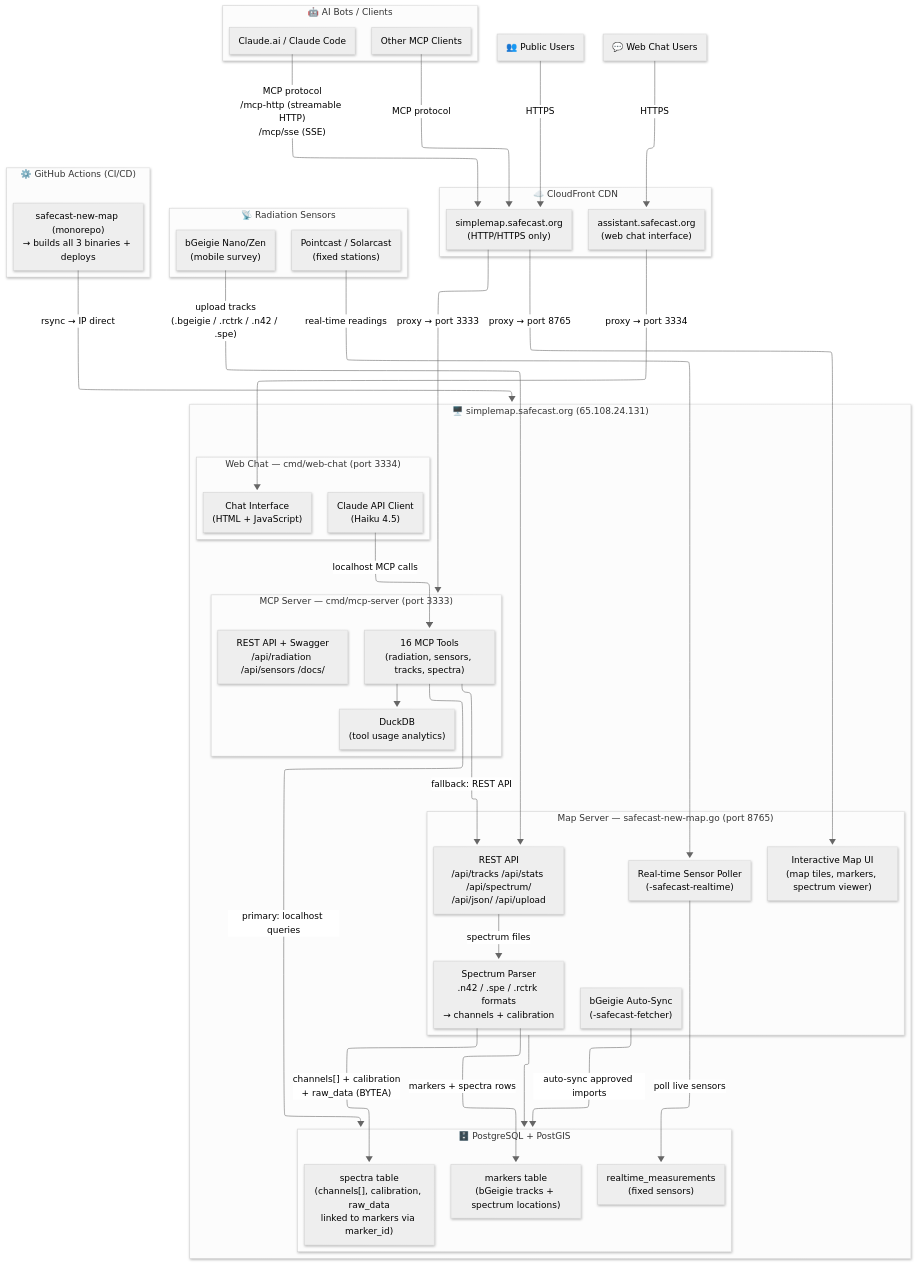
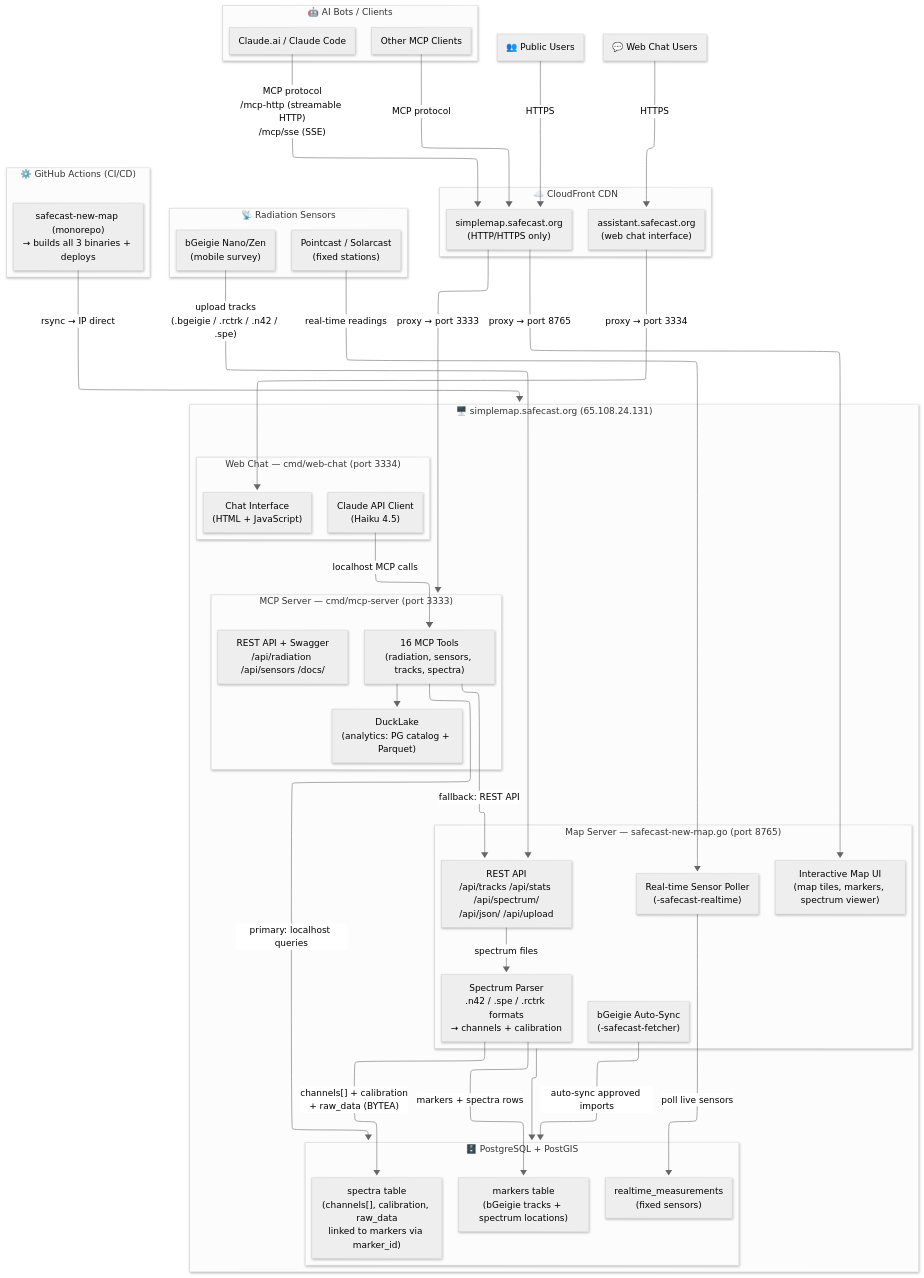
One commit to Safecast/safecast-new-map changed the diagram in docs/Mermaid Chart - Create complex, visual diagrams with text.-2026-02-28-043816.mmd. Above: the diagram before and after it, drawn with Mermaid. The commit also changed 4 other files, not shown here.

First line of the commit message:
fix: update docs for DuckLake migration and remove hardcoded password

```diff
--- a/docs/Mermaid Chart - Create complex, visual diagrams with text.-2026-02-28-043816.mmd
+++ b/docs/Mermaid Chart - Create complex, visual diagrams with text.-2026-02-28-043816.mmd
@@ -1,69 +1,69 @@
 ---
 config:
   layout: elk
   theme: neutral
   look: neo
 ---
 flowchart TB
  subgraph AI["🤖 AI Bots / Clients"]
         Claude["Claude.ai / Claude Code"]
         Other["Other MCP Clients"]
   end
  subgraph CDN["☁️ CloudFront CDN"]
         CF["simplemap.safecast.org\n(HTTP/HTTPS only)"]
         Assistant["assistant.safecast.org\n(web chat interface)"]
   end
  subgraph MCP["MCP Server — cmd/mcp-server (port 3333)"]
         MCPTools["16 MCP Tools\n(radiation, sensors, tracks, spectra)"]
         REST_MCP["REST API + Swagger\n/api/radiation /api/sensors /docs/"]
-        DuckDB["DuckDB\n(tool usage analytics)"]
+        DuckLake["DuckLake\n(analytics: PG catalog + Parquet)"]
   end
  subgraph MapServer["Map Server — safecast-new-map.go (port 8765)"]
         MapUI["Interactive Map UI\n(map tiles, markers, spectrum viewer)"]
         REST_Map["REST API\n/api/tracks /api/stats /api/spectrum/\n/api/json/ /api/upload"]
         Fetcher["bGeigie Auto-Sync\n(-safecast-fetcher)"]
         RTPoller["Real-time Sensor Poller\n(-safecast-realtime)"]
         SpecParser["Spectrum Parser\n.n42 / .spe / .rctrk formats\n→ channels + calibration"]
   end
  subgraph DB["🗄️ PostgreSQL + PostGIS"]
         markers["markers table\n(bGeigie tracks + spectrum locations)"]
         realtime["realtime_measurements\n(fixed sensors)"]
         spectra["spectra table\n(channels[], calibration, raw_data\nlinked to markers via marker_id)"]
   end
  subgraph WebChat["Web Chat — cmd/web-chat (port 3334)"]
         ChatUI["Chat Interface\n(HTML + JavaScript)"]
         ClaudeAPI["Claude API Client\n(Haiku 4.5)"]
   end
  subgraph Server["🖥️ simplemap.safecast.org (65.108.24.131)"]
         MCP
         MapServer
         WebChat
         DB
   end
  subgraph Devices["📡 Radiation Sensors"]
         bGeigie["bGeigie Nano/Zen\n(mobile survey)"]
         Fixed["Pointcast / Solarcast\n(fixed stations)"]
   end
  subgraph CICD["⚙️ GitHub Actions (CI/CD)"]
         GH_All["safecast-new-map (monorepo)\n→ builds all 3 binaries + deploys"]
   end
-    MCPTools --> DuckDB
+    MCPTools --> DuckLake
     MCPTools -- primary: localhost queries --> DB
     MapServer --> DB
     Fetcher -- "auto-sync approved imports" --> DB
     RTPoller -- poll live sensors --> realtime
     Claude -- "MCP protocol\n/mcp-http (streamable HTTP)\n/mcp/sse (SSE)" --> CF
     Other -- MCP protocol --> CF
     CF -- proxy → port 3333 --> MCP
     MCPTools -- fallback: REST API --> REST_Map
     Users["👥 Public Users"] -- HTTPS --> CF
     CF -- proxy → port 8765 --> MapUI
     WebUsers["💬 Web Chat Users"] -- HTTPS --> Assistant
     Assistant -- proxy → port 3334 --> ChatUI
     ClaudeAPI -- "localhost MCP calls" --> MCPTools
     bGeigie -- "upload tracks\n(.bgeigie / .rctrk / .n42 / .spe)" --> REST_Map
     REST_Map -- "spectrum files" --> SpecParser
     SpecParser -- "markers + spectra rows" --> markers
     SpecParser -- "channels[] + calibration\n+ raw_data (BYTEA)" --> spectra
     Fixed -- "real-time readings" --> RTPoller
     GH_All -- rsync → IP direct --> Server
```
